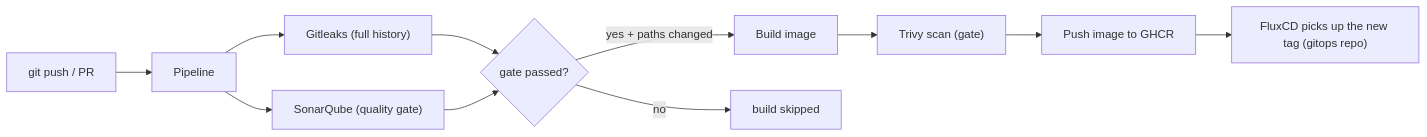
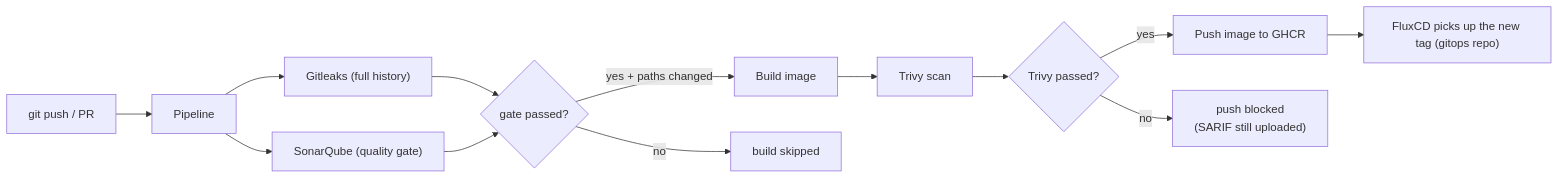
One commit to traipoap/gitops-platform changed the second of 2 diagrams in README.md. Above: the diagram before and after it, drawn with Mermaid. The commit also changed other lines of this file, not shown here.

Commit message:
Update README to clarify export tracking and CI flow

````diff
--- a/README.md
+++ b/README.md
@@ -184,13 +184,15 @@
 ```mermaid
 flowchart LR
     A["git push / PR"] --> B["Pipeline"]
     B --> S1["Gitleaks (full history)"]
     B --> S2["SonarQube (quality gate)"]
     S1 --> G{"gate passed?"}
     S2 --> G
     G -->|"yes + paths changed"| C["Build image"]
     G -->|"no"| X["build skipped"]
-    C --> T["Trivy scan (gate)"]
-    T --> D["Push image to GHCR"]
+    C --> T["Trivy scan"]
+    T --> TG{"Trivy passed?"}
+    TG -->|"yes"| D["Push image to GHCR"]
+    TG -->|"no"| Y["push blocked<br/>(SARIF still uploaded)"]
     D --> E["FluxCD picks up the new tag (gitops repo)"]
 ```
````
